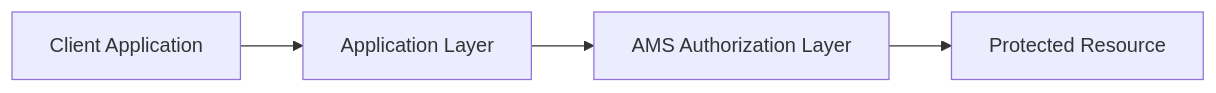
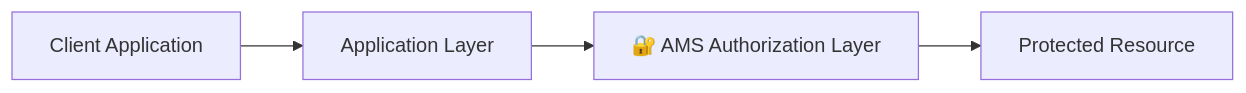
Before and after one commit to MotionPrograming/AuthorizationManagementSystem: diagram 23 of 29 in README.md, drawn with Mermaid. The commit also changed other lines of this file and 33 other files, not shown here.

````diff
--- a/README.md
+++ b/README.md
@@ -893,15 +1058,12 @@
 ```mermaid
 flowchart LR
 
-    A[Client Application]
+    CLIENT["Client Application"]
+    APP["Application Layer"]
+    AMS["🔐 AMS Authorization Layer"]
+    RESOURCE["Protected Resource"]
 
-    B[Application Layer]
-
-    C[AMS Authorization Layer]
-
-    D[Protected Resource]
-
-    A --> B
-    B --> C
-    C --> D
+    CLIENT --> APP
+    APP --> AMS
+    AMS --> RESOURCE
 ```
````
